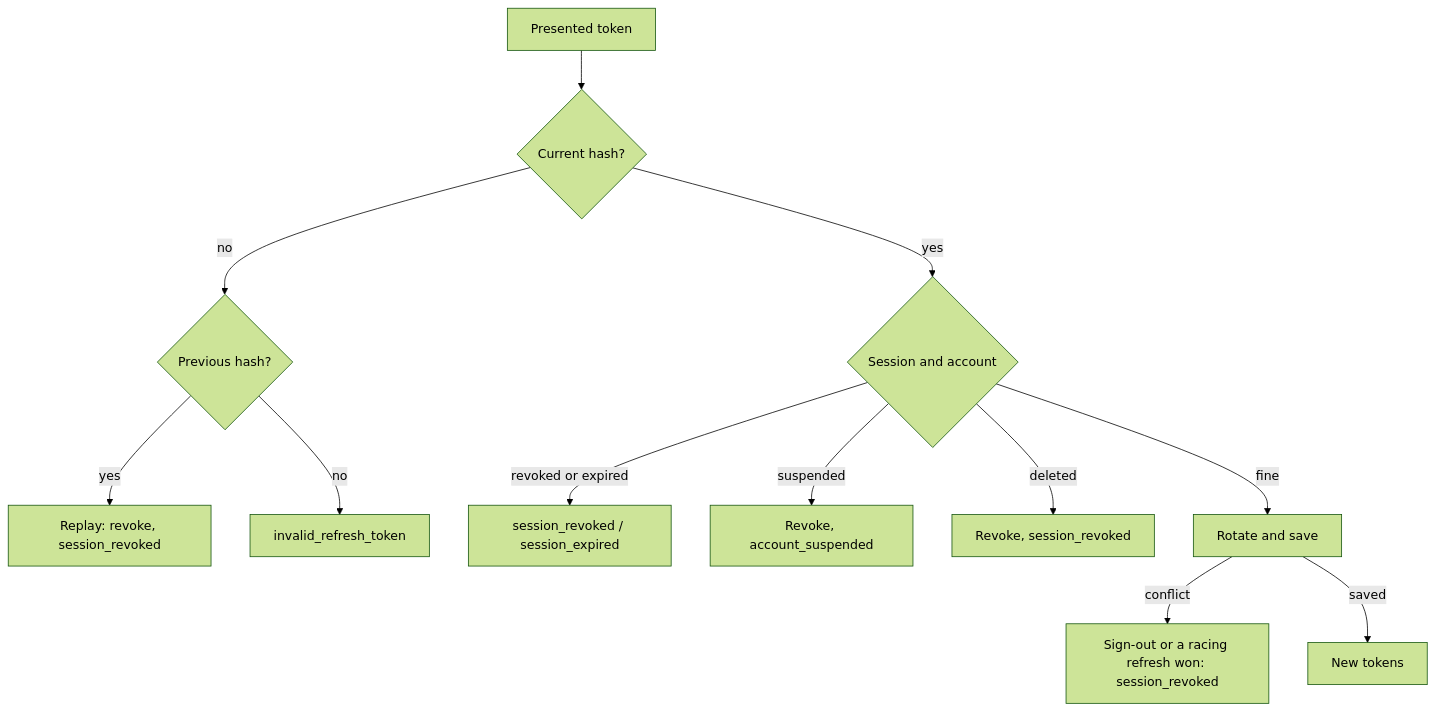
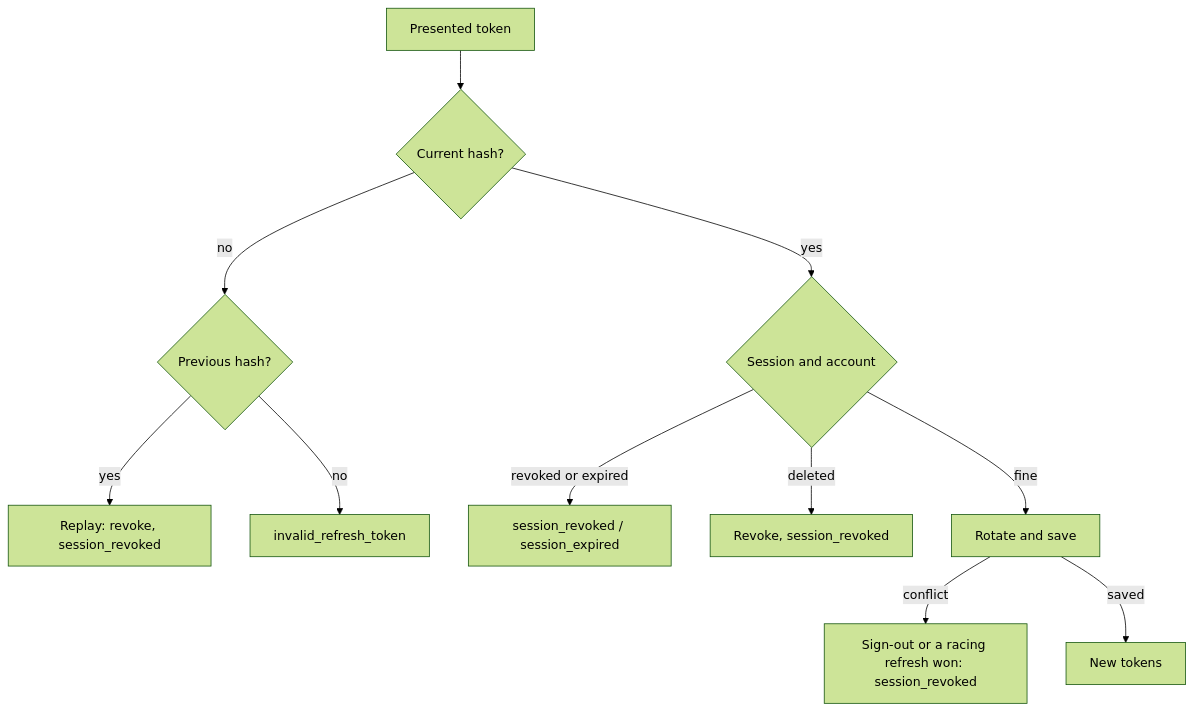
Before and after one commit to shopnexus/docs: the diagram in web/src/content/docs/en/architecture/sessions.mdx, drawn with Mermaid (forest theme). The commit also changed other lines of this file and 12 other files, not shown here.

````diff
--- a/web/src/content/docs/en/architecture/sessions.mdx
+++ b/web/src/content/docs/en/architecture/sessions.mdx
@@ -28,14 +28,13 @@
 ```mermaid title="Refresh"
 flowchart TD
   T[Presented token] --> C{Current hash?}
   C -- no --> P{Previous hash?}
   P -- yes --> X[Replay: revoke, session_revoked]
   P -- no --> I[invalid_refresh_token]
   C -- yes --> U{Session and account}
   U -- revoked or expired --> Q[session_revoked / session_expired]
-  U -- suspended --> S[Revoke, account_suspended]
   U -- deleted --> D[Revoke, session_revoked]
   U -- fine --> R[Rotate and save]
   R -- conflict --> K[Sign-out or a racing refresh won: session_revoked]
   R -- saved --> A[New tokens]
 ```
````
